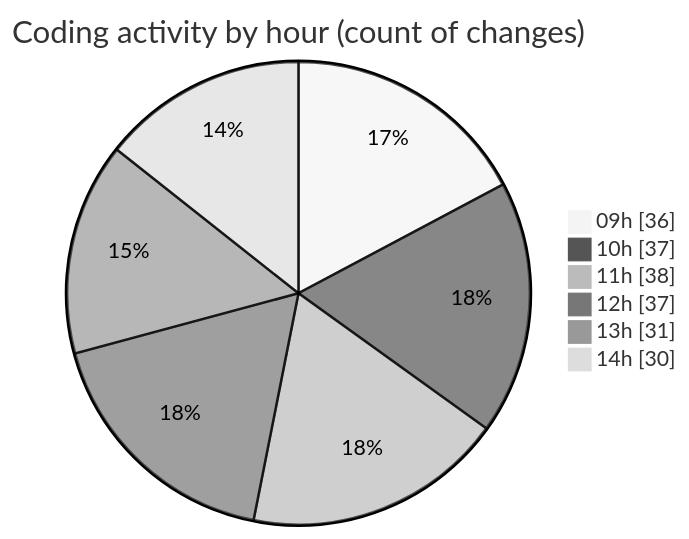
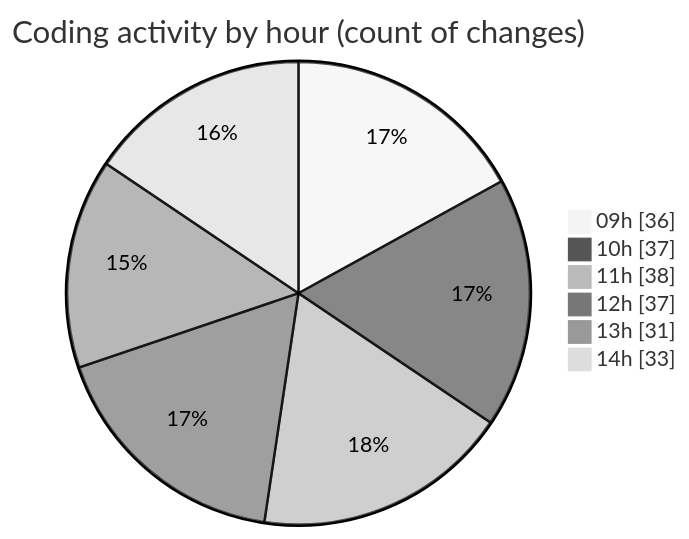
The second of 2 diagrams in 2026-04-16/cda/README.md (momahboobian/code-tracking), drawn with Mermaid (neutral theme) before and after one commit. The commit also changed other lines of this file and 1 other file, not shown here.

````diff
--- a/2026-04-16/cda/README.md
+++ b/2026-04-16/cda/README.md
@@ -32,10 +32,10 @@
 ```mermaid
 pie showData
 title Coding activity by hour (count of changes)
 "09h" : 36
 "10h" : 37
 "11h" : 38
 "12h" : 37
 "13h" : 31
-"14h" : 30
+"14h" : 33
 ```
````
